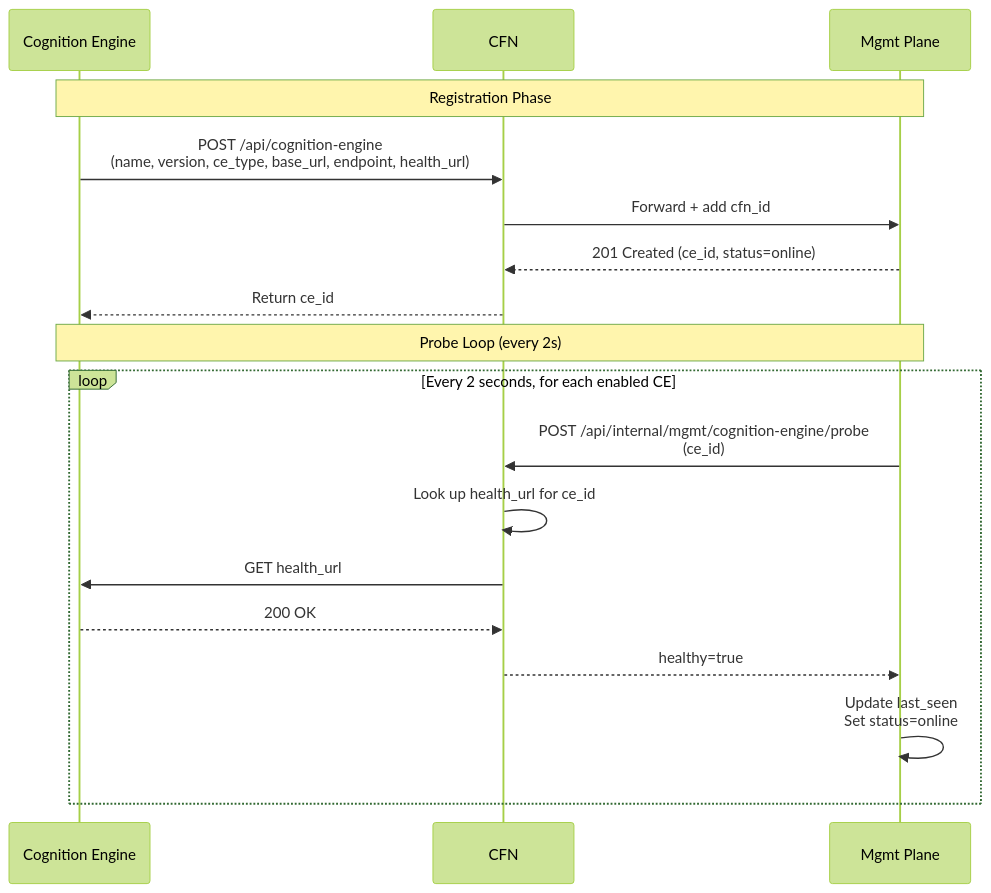
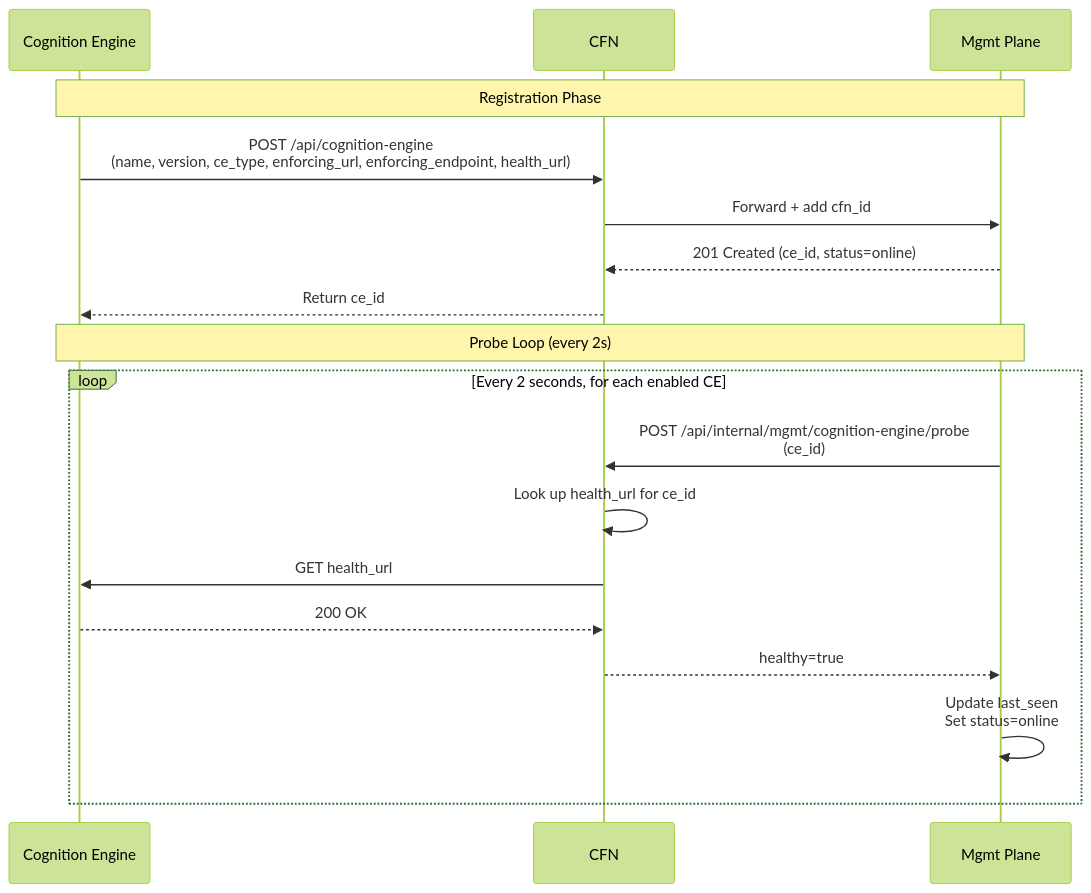
The first of 5 diagrams in api/ce/docs/CE-LIFECYCLE.md (ioc-project/cognition-fabric), drawn with Mermaid (forest theme) before and after one commit. The commit also changed other lines of this file and 10 other files, not shown here.

Commit message:
Accept enforcing, health and notification endpoint fields on CE registration

````diff
--- a/api/ce/docs/CE-LIFECYCLE.md
+++ b/api/ce/docs/CE-LIFECYCLE.md
@@ -9,22 +9,22 @@
 ```mermaid
 sequenceDiagram
     participant CE as Cognition Engine
     participant CFN as CFN
     participant Mgmt as Mgmt Plane
 
     Note over CE,Mgmt: Registration Phase
-    CE->>CFN: POST /api/cognition-engine<br/>(name, version, ce_type, base_url, endpoint, health_url)
+    CE->>CFN: POST /api/cognition-engine<br/>(name, version, ce_type, enforcing_url, enforcing_endpoint, health_url)
     CFN->>Mgmt: Forward + add cfn_id
     Mgmt-->>CFN: 201 Created (ce_id, status=online)
     CFN-->>CE: Return ce_id
 
     Note over CE,Mgmt: Probe Loop (every 2s)
     loop Every 2 seconds, for each enabled CE
         Mgmt->>CFN: POST /api/internal/mgmt/cognition-engine/probe<br/>(ce_id)
         CFN->>CFN: Look up health_url for ce_id
         CFN->>CE: GET health_url
         CE-->>CFN: 200 OK
         CFN-->>Mgmt: healthy=true
         Mgmt->>Mgmt: Update last_seen<br/>Set status=online
     end
 ```
````
